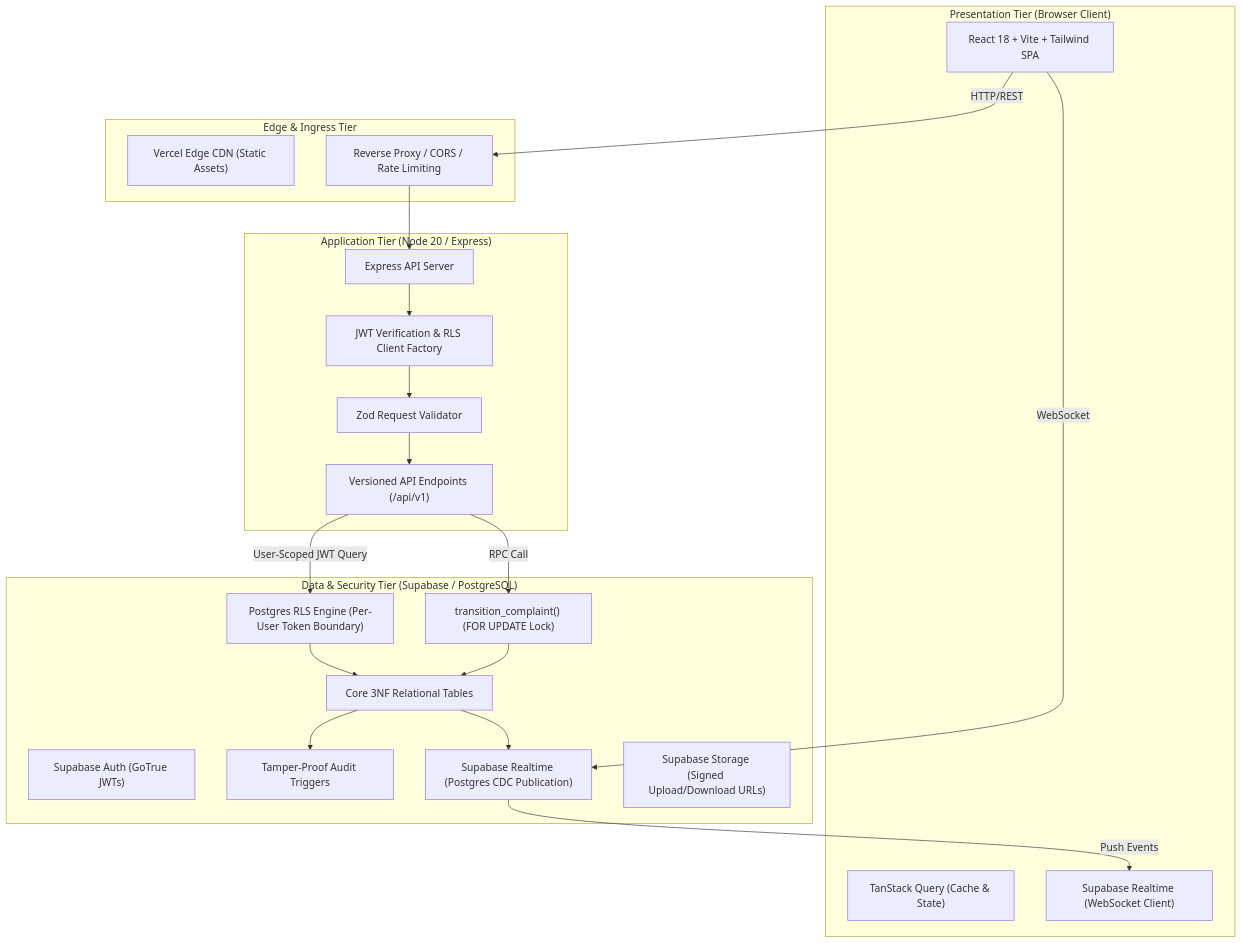
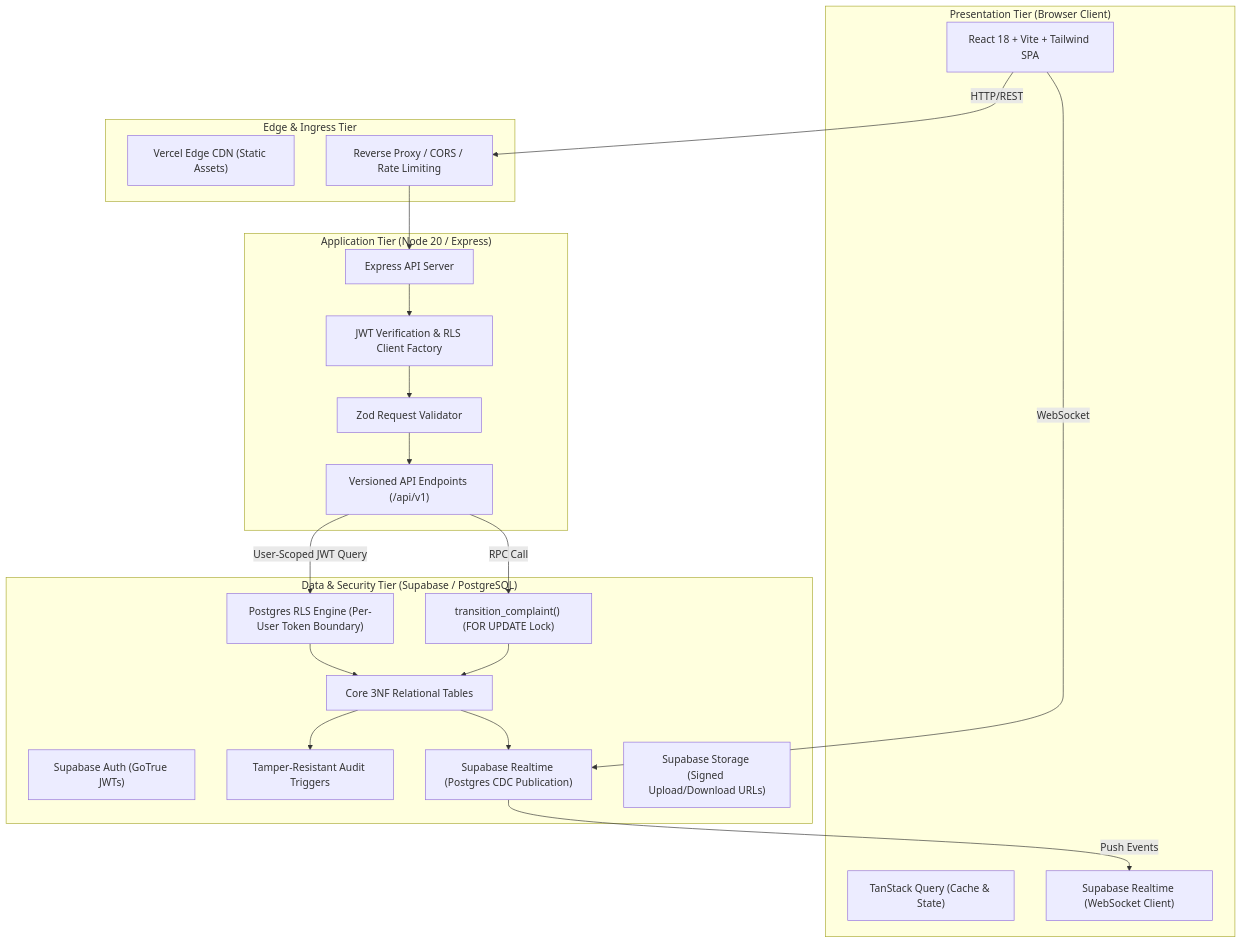
One commit to gsiddharthrao/ComplaintEase changed the first of 2 diagrams in docs/ARCHITECTURE.md. Above: the diagram before and after it, drawn with Mermaid. The commit also changed other lines of this file and 9 other files, not shown here.

````diff
--- a/docs/ARCHITECTURE.md
+++ b/docs/ARCHITECTURE.md
@@ -9,44 +9,44 @@
 ```mermaid
 flowchart TD
     subgraph Clients["Presentation Tier (Browser Client)"]
         Browser["React 18 + Vite + Tailwind SPA"]
         ReactQuery["TanStack Query (Cache & State)"]
         RTSubscriber["Supabase Realtime (WebSocket Client)"]
     end
 
     subgraph CDN["Edge & Ingress Tier"]
         VercelEdge["Vercel Edge CDN (Static Assets)"]
         ReverseProxy["Reverse Proxy / CORS / Rate Limiting"]
     end
 
     subgraph AppTier["Application Tier (Node 20 / Express)"]
         ExpressAPI["Express API Server"]
         AuthMiddleware["JWT Verification & RLS Client Factory"]
         ZodValidation["Zod Request Validator"]
         V1Routes["Versioned API Endpoints (/api/v1)"]
     end
 
     subgraph DataTier["Data & Security Tier (Supabase / PostgreSQL)"]
         PostgresAuth["Supabase Auth (GoTrue JWTs)"]
         RLSEngine["Postgres RLS Engine (Per-User Token Boundary)"]
         PostgresTables["Core 3NF Relational Tables"]
         StoredProcs["transition_complaint() (FOR UPDATE Lock)"]
-        AuditTriggers["Tamper-Proof Audit Triggers"]
+        AuditTriggers["Tamper-Resistant Audit Triggers"]
         RealtimeEngine["Supabase Realtime (Postgres CDC Publication)"]
         StorageEngine["Supabase Storage (Signed Upload/Download URLs)"]
     end
 
     Browser -->|HTTP/REST| ReverseProxy
     Browser -->|WebSocket| RealtimeEngine
     ReverseProxy --> ExpressAPI
     ExpressAPI --> AuthMiddleware
     AuthMiddleware --> ZodValidation
     ZodValidation --> V1Routes
     V1Routes -->|User-Scoped JWT Query| RLSEngine
     RLSEngine --> PostgresTables
     V1Routes -->|RPC Call| StoredProcs
     StoredProcs --> PostgresTables
     PostgresTables --> AuditTriggers
     PostgresTables --> RealtimeEngine
     RealtimeEngine -->|Push Events| RTSubscriber
 ```
````
